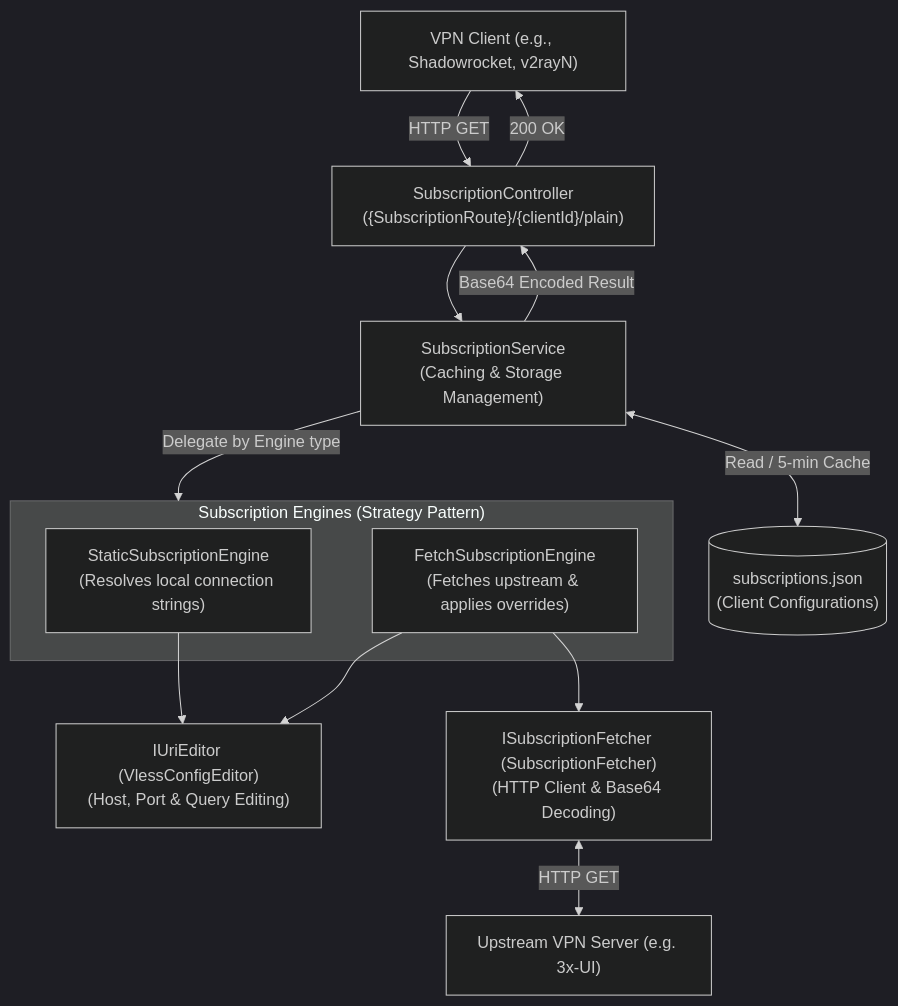
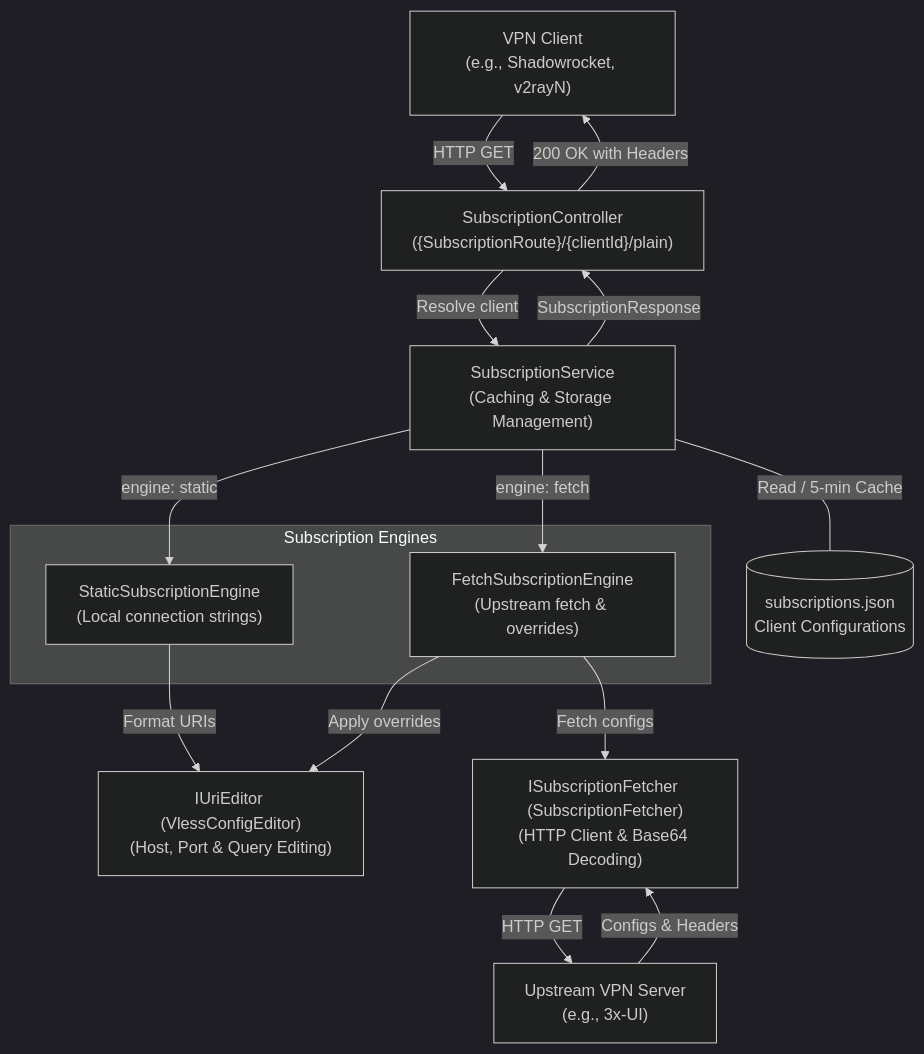
Before and after one commit to pushnitsa/vpn-simple-subscription: the diagram in docs/Architecture.md, drawn with Mermaid (dark theme). The commit also changed other lines of this file and 18 other files, not shown here.

Commit message:
feat: propagate subscription headers, add fallback, retire middleware, and centralize header constants

````diff
--- a/docs/Architecture.md
+++ b/docs/Architecture.md
@@ -11,27 +11,29 @@
 ```mermaid
 flowchart TD
-    Client["VPN Client (e.g., Shadowrocket, v2rayN)"]
-    Controller["SubscriptionController\n({SubscriptionRoute}/{clientId}/plain)"]
-    Service["SubscriptionService\n(Caching & Storage Management)"]
-    Storage[("subscriptions.json\n(Client Configurations)")]
+    Client["VPN Client<br/>(e.g., Shadowrocket, v2rayN)"]
+    Controller["SubscriptionController<br/>({SubscriptionRoute}/{clientId}/plain)"]
+    Service["SubscriptionService<br/>(Caching & Storage Management)"]
+    Storage[("subscriptions.json<br/>Client Configurations")]
 
-    subgraph Strategies["Subscription Engines (Strategy Pattern)"]
-        StaticEngine["StaticSubscriptionEngine\n(Resolves local connection strings)"]
-        FetchEngine["FetchSubscriptionEngine\n(Fetches upstream & applies overrides)"]
+    subgraph Strategies["Subscription Engines"]
+        StaticEngine["StaticSubscriptionEngine<br/>(Local connection strings)"]
+        FetchEngine["FetchSubscriptionEngine<br/>(Upstream fetch & overrides)"]
     end
 
-    UriEditor["IUriEditor (VlessConfigEditor)\n(Host, Port & Query Editing)"]
-    Fetcher["ISubscriptionFetcher (SubscriptionFetcher)\n(HTTP Client & Base64 Decoding)"]
-    Upstream["Upstream VPN Server (e.g. 3x-UI)"]
+    UriEditor["IUriEditor (VlessConfigEditor)<br/>(Host, Port & Query Editing)"]
+    Fetcher["ISubscriptionFetcher (SubscriptionFetcher)<br/>(HTTP Client & Base64 Decoding)"]
+    Upstream["Upstream VPN Server<br/>(e.g., 3x-UI)"]
 
     Client -->|HTTP GET| Controller
-    Controller --> Service
-    Service <-->|Read / 5-min Cache| Storage
-    Service -->|Delegate by Engine type| Strategies
-    StaticEngine --> UriEditor
-    FetchEngine --> Fetcher
-    FetchEngine --> UriEditor
-    Fetcher <-->|HTTP GET| Upstream
-    Service -->|Base64 Encoded Result| Controller
-    Controller -->|200 OK| Client
+    Controller -->|Resolve client| Service
+    Service ---|Read / 5-min Cache| Storage
+    Service -->|engine: static| StaticEngine
+    Service -->|engine: fetch| FetchEngine
+    StaticEngine -->|Format URIs| UriEditor
+    FetchEngine -->|Fetch configs| Fetcher
+    FetchEngine -->|Apply overrides| UriEditor
+    Fetcher -->|HTTP GET| Upstream
+    Upstream -->|Configs & Headers| Fetcher
+    Service -->|SubscriptionResponse| Controller
+    Controller -->|200 OK with Headers| Client
 ```
````
